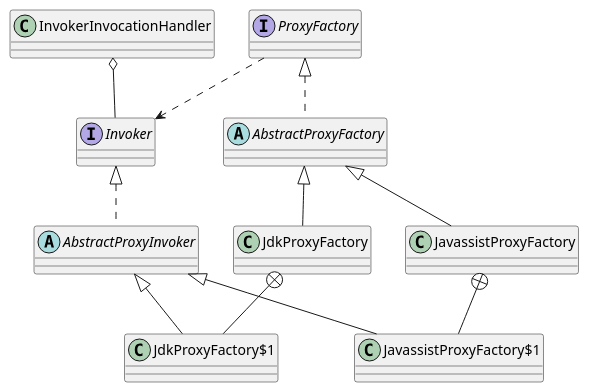
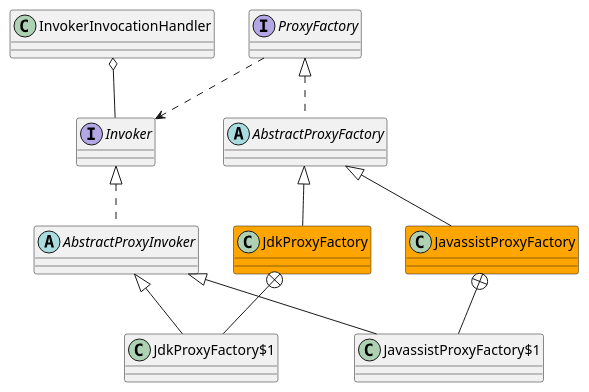
Before and after one commit to onlyonion/development: the diagram in docs/30-distributed/src/dubbo/rpc/proxy/README.md, drawn with PlantUML. The commit also changed 173 other files, not shown here.

````diff
--- a/docs/30-distributed/src/dubbo/rpc/proxy/README.md
+++ b/docs/30-distributed/src/dubbo/rpc/proxy/README.md
@@ -17,32 +17,32 @@
 ```plantuml
 @startuml
 
 ''''''''''''''''''''调用者''''''''''''''''''''''''
 interface Invoker
 Invoker ^.. AbstractProxyInvoker
 abstract class AbstractProxyInvoker
 
 AbstractProxyInvoker ^-- JavassistProxyFactory$1
 AbstractProxyInvoker ^-- JdkProxyFactory$1
 
 ''''''''''''''''''''代理''''''''''''''''''''''''''
 interface ProxyFactory 
 ProxyFactory ..> Invoker
 
 ProxyFactory ^.. AbstractProxyFactory
+
 abstract class AbstractProxyFactory
+class JavassistProxyFactory #orange
+class JdkProxyFactory #orange
 
 AbstractProxyFactory ^-- JavassistProxyFactory
 AbstractProxyFactory ^-- JdkProxyFactory
-class JavassistProxyFactory
-class JdkProxyFactory
-
 JavassistProxyFactory +-- JavassistProxyFactory$1
 JdkProxyFactory +-- JdkProxyFactory$1
 
 ''''''''''''''''''''调用者处理器''''''''''''''''''''
 class InvokerInvocationHandler
 InvokerInvocationHandler o-- Invoker
 
 @enduml
 ```
````
